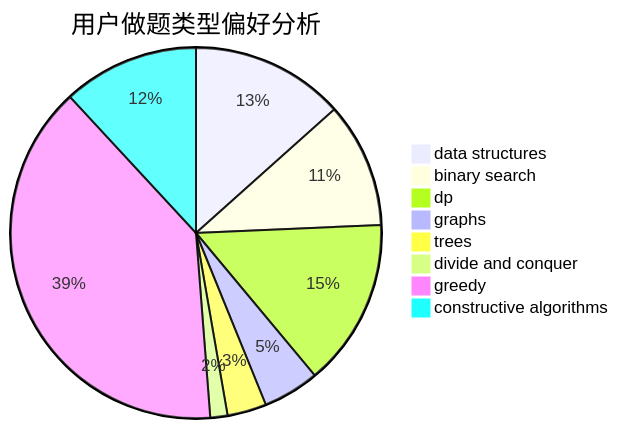
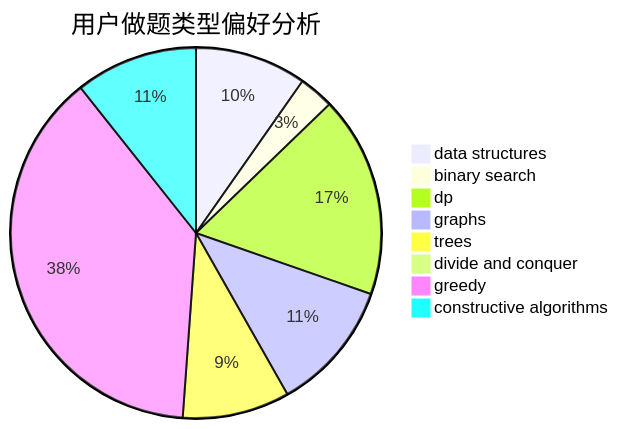
Before and after one commit to sherpahu/cfrs.github.io: the second of 3 diagrams in docs/user/u2688.md, drawn with Mermaid. The commit also changed other lines of this file and 2770 other files, not shown here.

````diff
--- a/docs/user/u2688.md
+++ b/docs/user/u2688.md
@@ -23,11 +23,11 @@
 ```mermaid
 pie title 用户做题类型偏好分析
-    "data structures" :  98
-    "binary search" :  80
-    "dp" :  107
-    "graphs" :  36
-    "trees" :  25
-    "divide and conquer" :  11
-    "greedy" :  288
-    "constructive algorithms" :  87
+    "data structures" :  51
+    "binary search" :  16
+    "dp" :  92
+    "graphs" :  60
+    "trees" :  49
+    "divide and conquer" :  3
+    "greedy" :  200
+    "constructive algorithms" :  56
 ```
````
